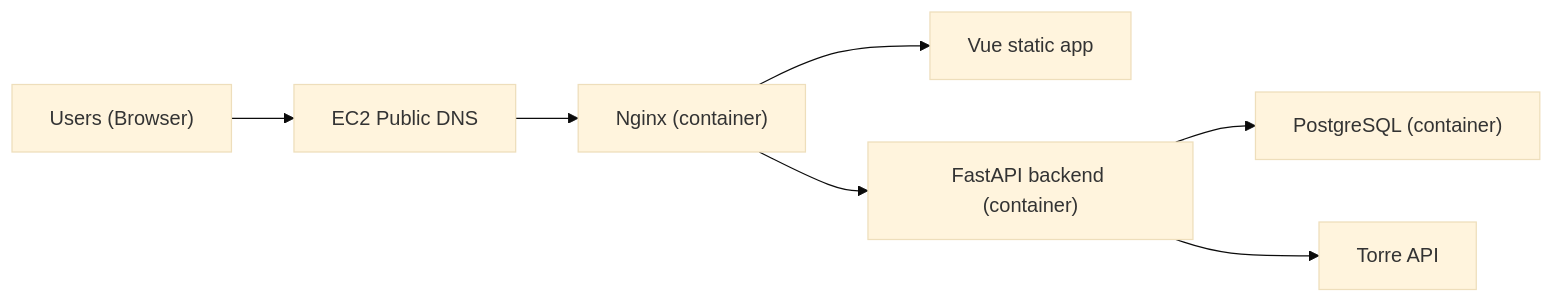
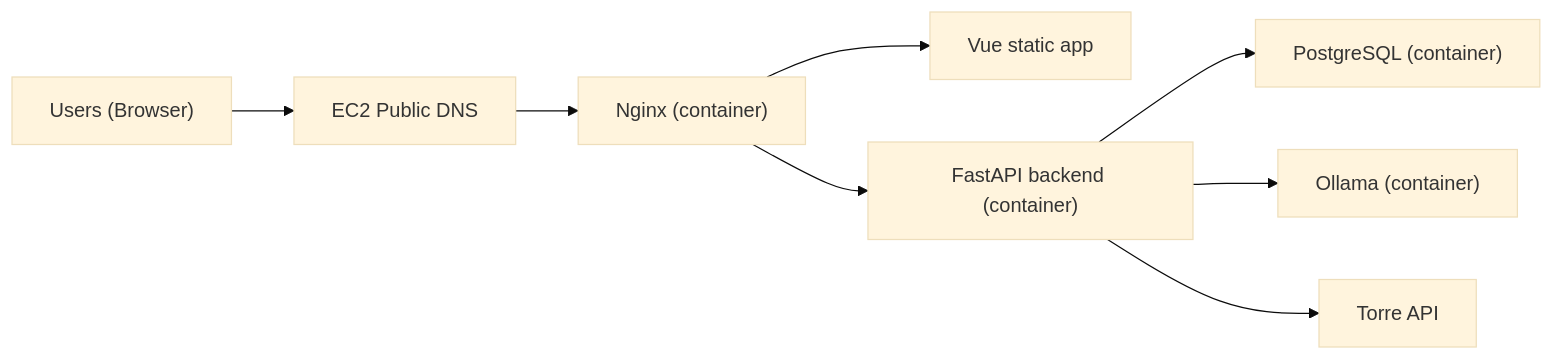
One commit to cmcp0/torreai-new-screening-process-approach changed the diagram in docs/aws-simple-deployment-schema.md. Above: the diagram before and after it, drawn with Mermaid (base theme). The commit also changed other lines of this file and 1 other file, not shown here.

Commit message:
docs(deploy): document EC2 ollama setup and model pull

````diff
--- a/docs/aws-simple-deployment-schema.md
+++ b/docs/aws-simple-deployment-schema.md
@@ -12,9 +12,10 @@
 ```mermaid
 flowchart LR
     U["Users (Browser)"] --> DNS["EC2 Public DNS"]
     DNS --> NGINX["Nginx (container)"]
     NGINX --> FE["Vue static app"]
     NGINX --> BE["FastAPI backend (container)"]
     BE --> PG["PostgreSQL (container)"]
+    BE --> OLLAMA["Ollama (container)"]
     BE --> TORRE["Torre API"]
 ```
````
